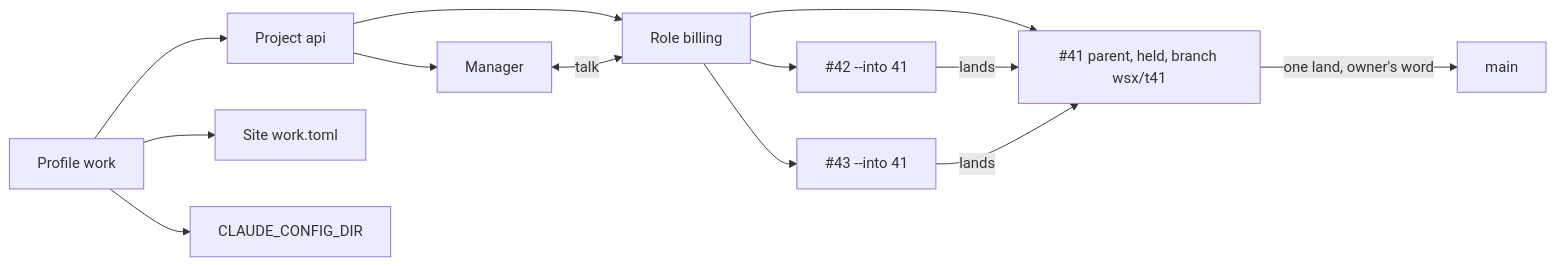
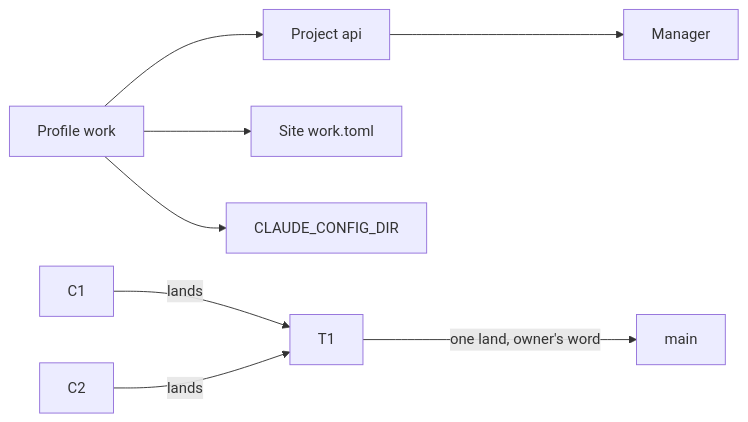
The diagram in docs/design/profiles-and-parent-tasks.md (vlwkaos/wsx), drawn with Mermaid before and after one commit. The commit also changed other lines of this file and 22 other files, not shown here.

````diff
--- a/docs/design/profiles-and-parent-tasks.md
+++ b/docs/design/profiles-and-parent-tasks.md
@@ -48,15 +47,10 @@
 ```mermaid
 flowchart LR
   P[Profile work] --> PR[Project api]
   P --> S[Site work.toml]
   P --> A[CLAUDE_CONFIG_DIR]
   PR --> M[Manager]
-  PR --> R[Role billing]
-  R --> T1["#41 parent, held, branch wsx/t41"]
-  R --> C1["#42 --into 41"]
-  R --> C2["#43 --into 41"]
-  M <-->|talk| R
   C1 -- lands --> T1
   C2 -- lands --> T1
   T1 -- "one land, owner's word" --> MAIN[main]
 ```
````
